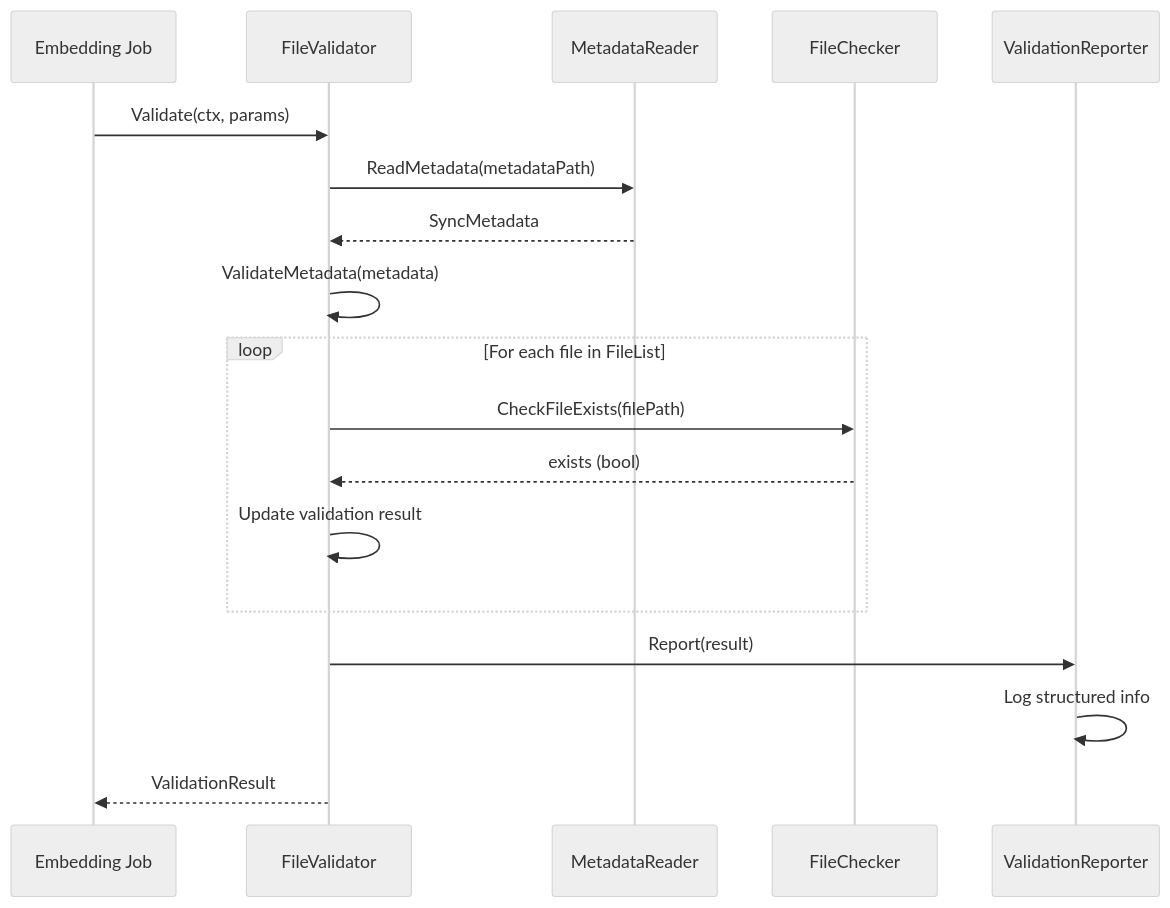
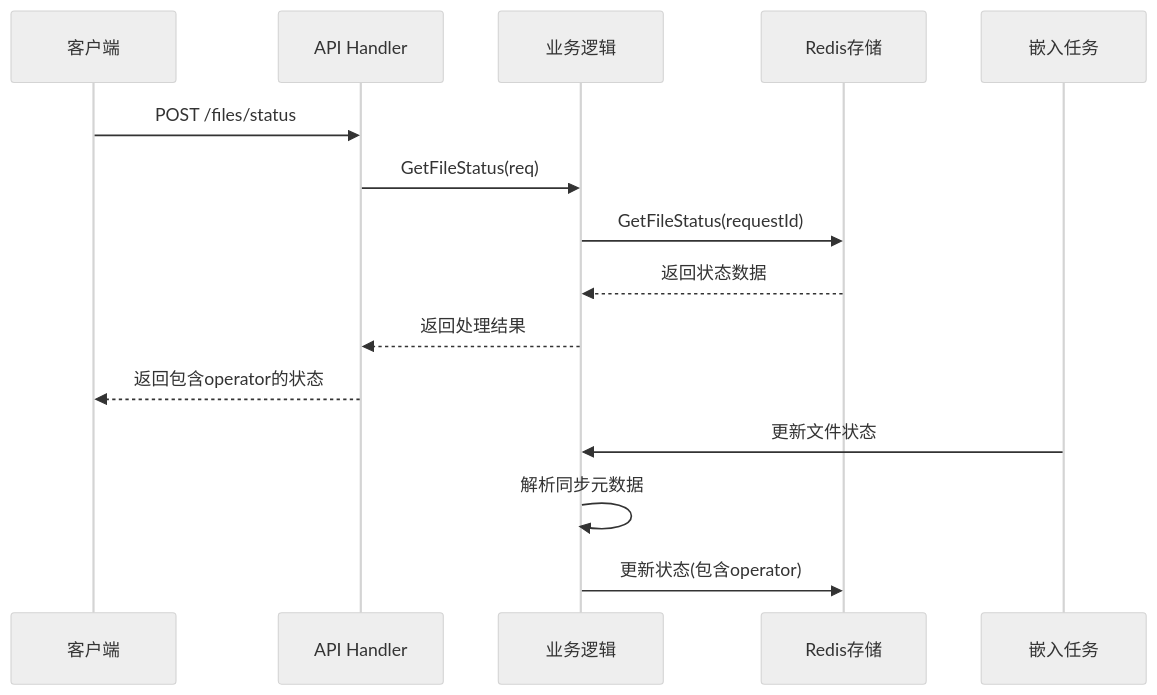
One commit to zgsm-ai/codebase-embedder changed the second of 2 diagrams in docs/technical.md. Above: the diagram before and after it, drawn with Mermaid (neutral theme). The commit also changed other lines of this file and 8 other files, not shown here.

````diff
--- a/docs/technical.md
+++ b/docs/technical.md
@@ -73,23 +43,19 @@
 ```mermaid
 sequenceDiagram
-    participant Job as Embedding Job
-    participant Validator as FileValidator
-    participant Reader as MetadataReader
-    participant Checker as FileChecker
-    participant Reporter as ValidationReporter
+    participant Client as 客户端
+    participant API as API Handler
+    participant Logic as 业务逻辑
+    participant Redis as Redis存储
+    participant Task as 嵌入任务
     
-    Job->>Validator: Validate(ctx, params)
-    Validator->>Reader: ReadMetadata(metadataPath)
-    Reader-->>Validator: SyncMetadata
-    Validator->>Validator: ValidateMetadata(metadata)
+    Client->>API: POST /files/status
+    API->>Logic: GetFileStatus(req)
+    Logic->>Redis: GetFileStatus(requestId)
+    Redis-->>Logic: 返回状态数据
+    Logic-->>API: 返回处理结果
+    API-->>Client: 返回包含operator的状态
     
-    loop For each file in FileList
-        Validator->>Checker: CheckFileExists(filePath)
-        Checker-->>Validator: exists (bool)
-        Validator->>Validator: Update validation result
-    end
-    
-    Validator->>Reporter: Report(result)
-    Reporter->>Reporter: Log structured info
-    Validator-->>Job: ValidationResult
+    Task->>Logic: 更新文件状态
+    Logic->>Logic: 解析同步元数据
+    Logic->>Redis: 更新状态(包含operator)
 ```
````
